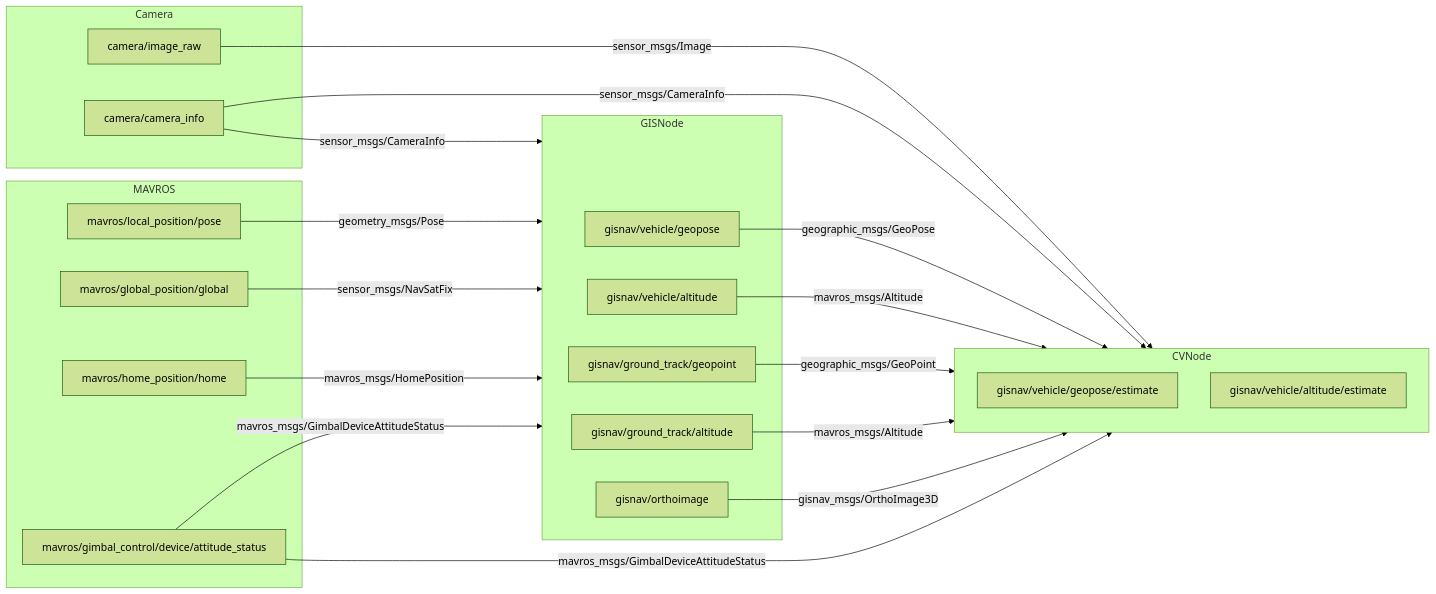
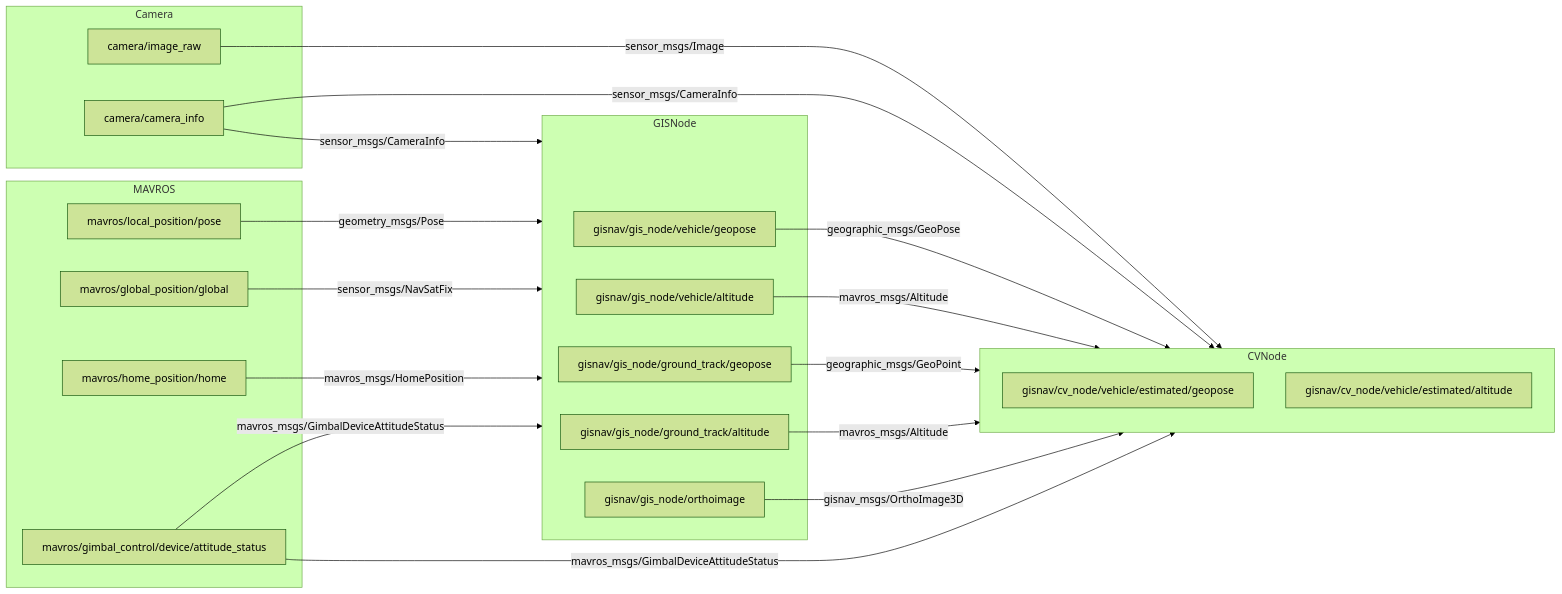
One commit to hmakelin/gisnav changed the diagram in docs/pages/developer_guide/integrate/ros_messaging.rst. Above: the diagram before and after it, drawn with Mermaid (forest theme). The commit also changed other lines of this file and 2 other files, not shown here.

Commit message:
Update GIS and integration docs

```diff
--- a/docs/pages/developer_guide/integrate/ros_messaging.rst
+++ b/docs/pages/developer_guide/integrate/ros_messaging.rst
@@ -12,42 +12,42 @@
 .. mermaid::
     :caption: WIP: Target core data flow graph
 
     graph LR
         subgraph Camera
             image_raw[camera/image_raw]
             camera_info[camera/camera_info]
         end
 
         subgraph MAVROS
             pose[mavros/local_position/pose]
             global[mavros/global_position/global]
             home[mavros/home_position/home]
             attitude[mavros/gimbal_control/device/attitude_status]
         end
 
         subgraph GISNode
-            geopose[gisnav/vehicle/geopose]
-            altitude[gisnav/vehicle/altitude]
-            geopoint_track[gisnav/ground_track/geopoint]
-            altitude_track[gisnav/ground_track/altitude]
-            orthoimage[gisnav/orthoimage]
+            geopose[gisnav/gis_node/vehicle/geopose]
+            altitude[gisnav/gis_node/vehicle/altitude]
+            geopose_track[gisnav/gis_node/ground_track/geopose]
+            altitude_track[gisnav/gis_node/ground_track/altitude]
+            orthoimage[gisnav/gis_node/orthoimage]
         end
 
         subgraph CVNode
-            geopose_estimate[gisnav/vehicle/geopose/estimate]
-            altitude_estimate[gisnav/vehicle/altitude/estimate]
+            geopose_estimate[gisnav/cv_node/vehicle/estimated/geopose]
+            altitude_estimate[gisnav/cv_node/vehicle/estimated/altitude]
         end
 
         pose -->|geometry_msgs/Pose| GISNode
         global -->|sensor_msgs/NavSatFix| GISNode
         home -->|mavros_msgs/HomePosition| GISNode
         attitude -->|mavros_msgs/GimbalDeviceAttitudeStatus| CVNode
         attitude -->|mavros_msgs/GimbalDeviceAttitudeStatus| GISNode
         geopose -->|geographic_msgs/GeoPose| CVNode
         altitude -->|mavros_msgs/Altitude| CVNode
         camera_info -->|sensor_msgs/CameraInfo| GISNode
         camera_info -->|sensor_msgs/CameraInfo| CVNode
         orthoimage -->|gisnav_msgs/OrthoImage3D| CVNode
         altitude_track -->|mavros_msgs/Altitude| CVNode
-        geopoint_track -->|geographic_msgs/GeoPoint| CVNode
+        geopose_track -->|geographic_msgs/GeoPoint| CVNode
         image_raw -->|sensor_msgs/Image| CVNode
```
